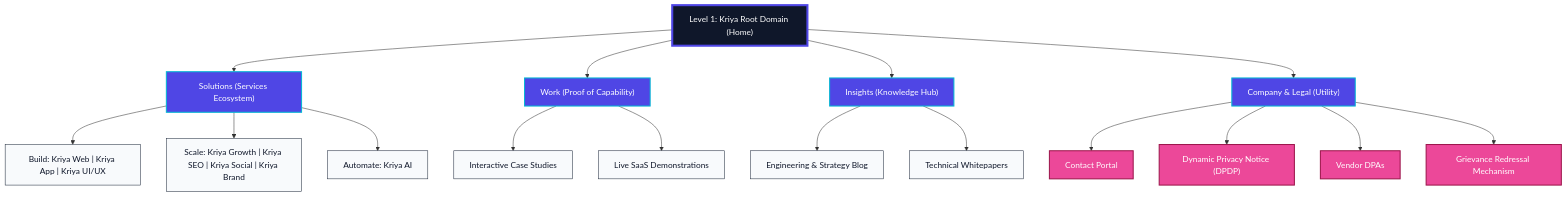
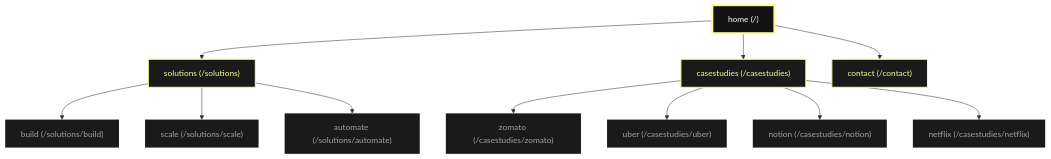
Before and after one commit to kriya-digital/kriya-digital: the diagram in kriya_sitemap.md, drawn with Mermaid. The commit also changed other lines of this file and 56 other files, not shown here.

````diff
--- a/kriya_sitemap.md
+++ b/kriya_sitemap.md
@@ -15,42 +11,29 @@
 ```mermaid
 graph TD
     %% Level 1: Root Domain
-    Root["Level 1: Kriya Root Domain (Home)"]
+    Root["home (/)"]
 
-    %% Level 2: Primary Navigation Hubs
-    Root --> Hub1["Solutions (Services Ecosystem)"]
-    Root --> Hub3["Work (Proof of Capability)"]
-    Root --> Hub4["Insights (Knowledge Hub)"]
-    Root --> Hub5["Company & Legal (Utility)"]
+    %% Level 1: Primary Navigation Hubs
+    Root --> Hub1["solutions (/solutions)"]
+    Root --> Hub2["casestudies (/casestudies)"]
+    Root --> Hub3["contact (/contact)"]
 
-    %% Level 3: Solutions
-    Hub1 --> Sol_Build["Build: Kriya Web | Kriya App | Kriya UI/UX"]
-    Hub1 --> Sol_Scale["Scale: Kriya Growth | Kriya SEO | Kriya Social | Kriya Brand"]
-    Hub1 --> Sol_Auto["Automate: Kriya AI"]
+    %% Level 2: Solutions — The Three Pillars
+    Hub1 --> Sol_Build["build (/solutions/build)"]
+    Hub1 --> Sol_Scale["scale (/solutions/scale)"]
+    Hub1 --> Sol_Auto["automate (/solutions/automate)"]
 
+    %% Level 2: Case Studies
+    Hub2 --> CS_Zomato["zomato (/casestudies/zomato)"]
+    Hub2 --> CS_Uber["uber (/casestudies/uber)"]
+    Hub2 --> CS_Notion["notion (/casestudies/notion)"]
+    Hub2 --> CS_Netflix["netflix (/casestudies/netflix)"]
 
-
-    %% Level 3: Work
-    Hub3 --> Work_Cases["Interactive Case Studies"]
-    Hub3 --> Work_Demos["Live SaaS Demonstrations"]
-
-    %% Level 3: Insights
-    Hub4 --> Ins_Blog["Engineering & Strategy Blog"]
-    Hub4 --> Ins_Whitepapers["Technical Whitepapers"]
-
-    %% Level 3: Company & Legal
-    Hub5 --> Corp_Contact["Contact Portal"]
-    Hub5 --> Corp_Privacy["Dynamic Privacy Notice (DPDP)"]
-    Hub5 --> Corp_DPA["Vendor DPAs"]
-    Hub5 --> Corp_Grievance["Grievance Redressal Mechanism"]
-
-    classDef rootFill fill:#0F172A,stroke:#4F46E5,stroke-width:4px,color:#fff;
-    classDef hubFill fill:#4F46E5,stroke:#06B6D4,stroke-width:2px,color:#fff;
-    classDef leafFill fill:#F8FAFC,stroke:#1E293B,stroke-width:1px,color:#0F172A;
-    classDef complianceFill fill:#EC4899,stroke:#9D174D,stroke-width:2px,color:#fff;
+    classDef rootFill fill:#131313,stroke:#fcfd95,stroke-width:4px,color:#fff;
+    classDef hubFill fill:#1a1a1a,stroke:#fcfd95,stroke-width:2px,color:#fcfd95;
+    classDef leafFill fill:#1a1a1a,stroke:#ffffff22,stroke-width:1px,color:#ffffff99;
 
     class Root rootFill;
-    class Hub1,Hub3,Hub4,Hub5 hubFill;
-    class Sol_Build,Sol_Scale,Sol_Auto,Work_Cases,Work_Demos,Ins_Blog,Ins_Whitepapers leafFill;
-    class Corp_Contact,Corp_Privacy,Corp_DPA,Corp_Grievance complianceFill;
+    class Hub1,Hub2,Hub3 hubFill;
+    class Sol_Build,Sol_Scale,Sol_Auto,CS_Zomato,CS_Uber,CS_Notion,CS_Netflix leafFill;
 ```
````
